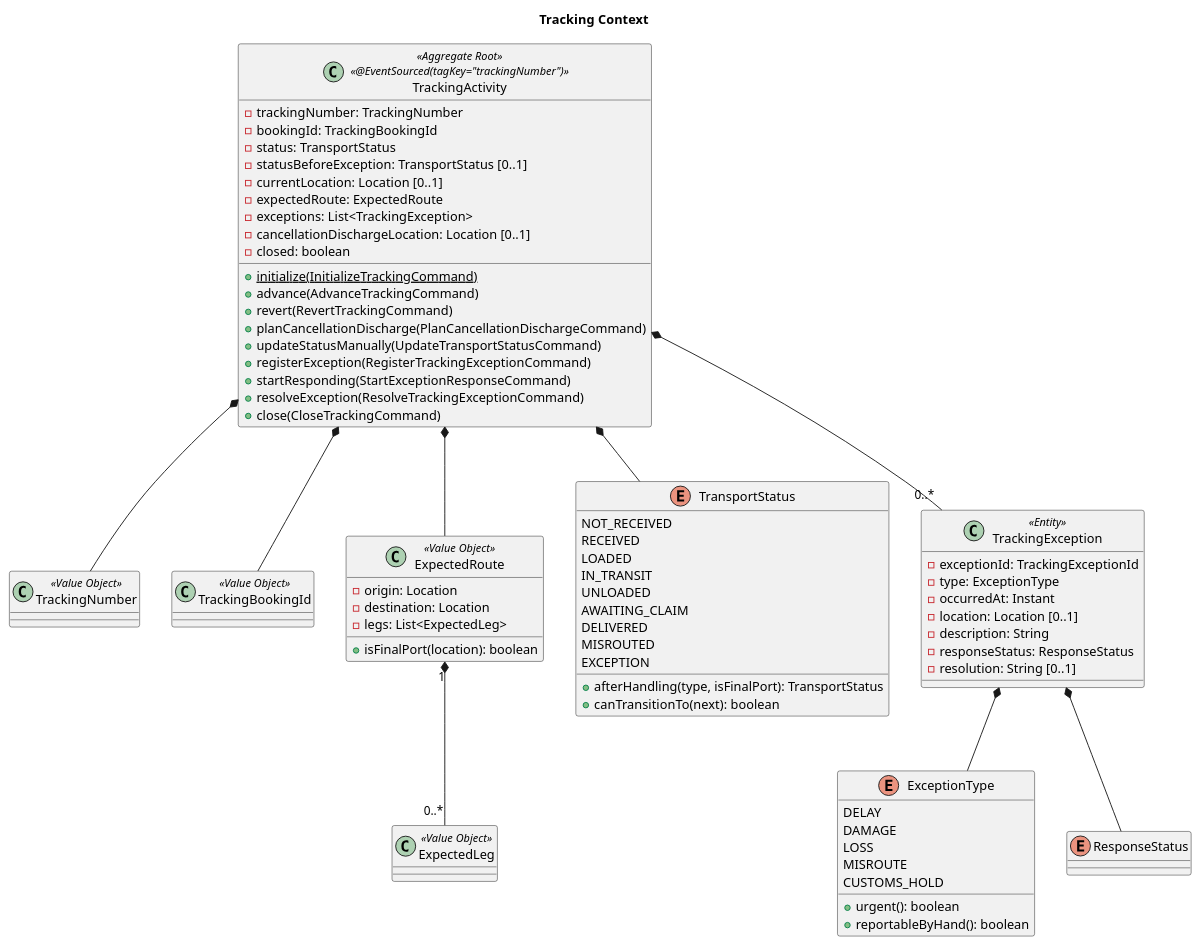
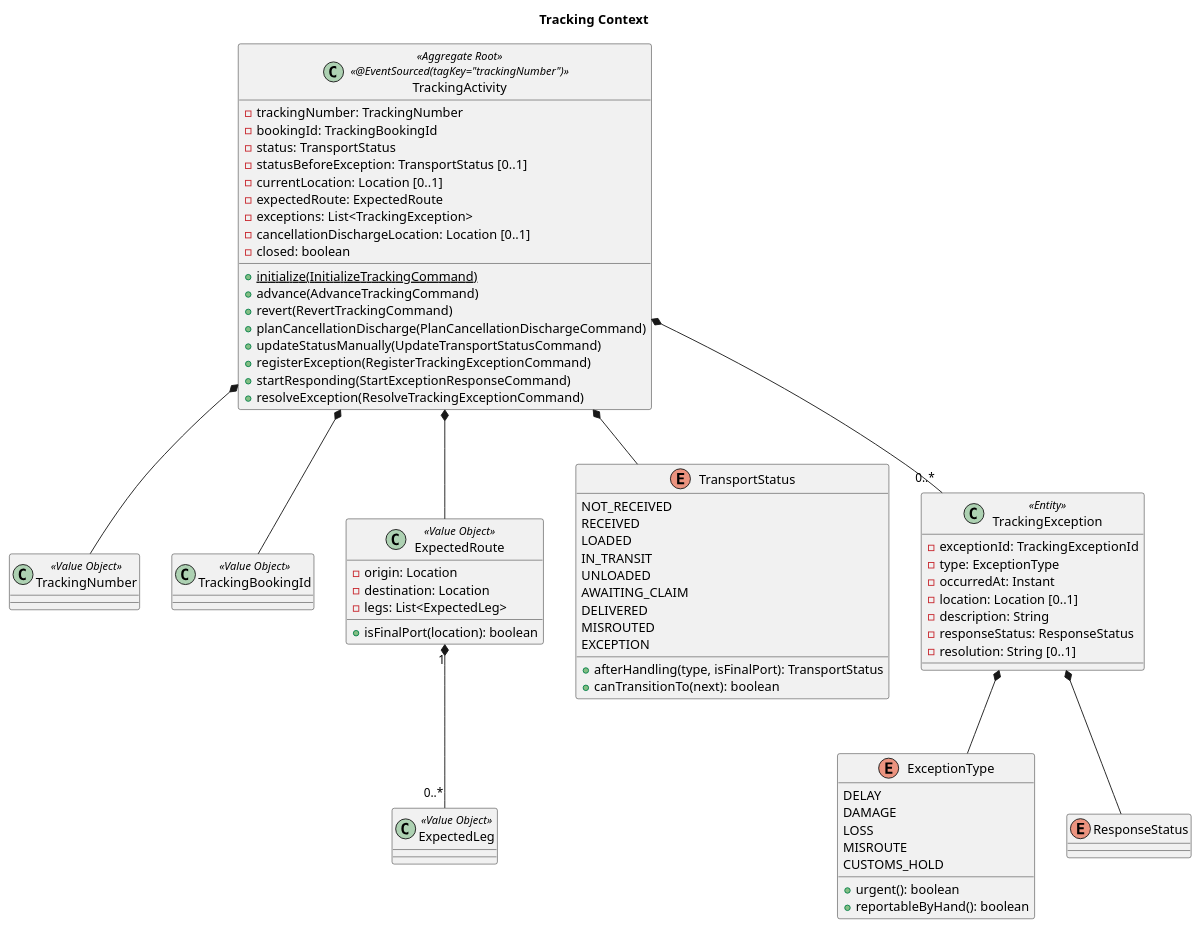
One commit to k2works/case-study-cargo-tracker changed the seventh of 13 diagrams in docs/design/cargo-tracker/domain-model.md. Above: the diagram before and after it, drawn with PlantUML. The commit also changed other lines of this file and 6 other files, not shown here.

````diff
--- a/docs/design/cargo-tracker/domain-model.md
+++ b/docs/design/cargo-tracker/domain-model.md
@@ -784,78 +784,79 @@
 ```plantuml
 @startuml
 title Tracking Context
 
 class TrackingActivity <<Aggregate Root>> <<@EventSourced(tagKey="trackingNumber")>> {
   - trackingNumber: TrackingNumber
   - bookingId: TrackingBookingId
   - status: TransportStatus
   - statusBeforeException: TransportStatus [0..1]
   - currentLocation: Location [0..1]
   - expectedRoute: ExpectedRoute
   - exceptions: List<TrackingException>
   - cancellationDischargeLocation: Location [0..1]
   - closed: boolean
   + {static} initialize(InitializeTrackingCommand)
   + advance(AdvanceTrackingCommand)
   + revert(RevertTrackingCommand)
   + planCancellationDischarge(PlanCancellationDischargeCommand)
   + updateStatusManually(UpdateTransportStatusCommand)
   + registerException(RegisterTrackingExceptionCommand)
   + startResponding(StartExceptionResponseCommand)
   + resolveException(ResolveTrackingExceptionCommand)
-  + close(CloseTrackingCommand)
+  ' 閉じるのは荷降しを適用する流れの中（IT15 T6）。外から送らせない
+  ' ——陸揚げ地を知っているのは集約で、送り手は投影を読むことになる
 }
 class TrackingNumber <<Value Object>>
 class TrackingBookingId <<Value Object>>
 class ExpectedRoute <<Value Object>> {
   - origin: Location
   - destination: Location
   - legs: List<ExpectedLeg>
   + isFinalPort(location): boolean
 }
 class ExpectedLeg <<Value Object>>
 
 enum TransportStatus {
   NOT_RECEIVED
   RECEIVED
   LOADED
   IN_TRANSIT
   UNLOADED
   AWAITING_CLAIM
   DELIVERED
   MISROUTED
   EXCEPTION
   + afterHandling(type, isFinalPort): TransportStatus
   + canTransitionTo(next): boolean
 }
 
 class TrackingException <<Entity>> {
   - exceptionId: TrackingExceptionId
   - type: ExceptionType
   - occurredAt: Instant
   - location: Location [0..1]
   - description: String
   - responseStatus: ResponseStatus
   - resolution: String [0..1]
 }
 enum ExceptionType {
   DELAY
   DAMAGE
   LOSS
   MISROUTE
   CUSTOMS_HOLD
   + urgent(): boolean
   + reportableByHand(): boolean
 }
 enum ResponseStatus
 
 TrackingActivity *-- TrackingNumber
 TrackingActivity *-- TrackingBookingId
 TrackingActivity *-- TransportStatus
 TrackingActivity *-- ExpectedRoute
 TrackingActivity *-- "0..*" TrackingException
 TrackingException *-- ExceptionType
 TrackingException *-- ResponseStatus
 ExpectedRoute "1" *-- "0..*" ExpectedLeg
 @enduml
 ```
````
